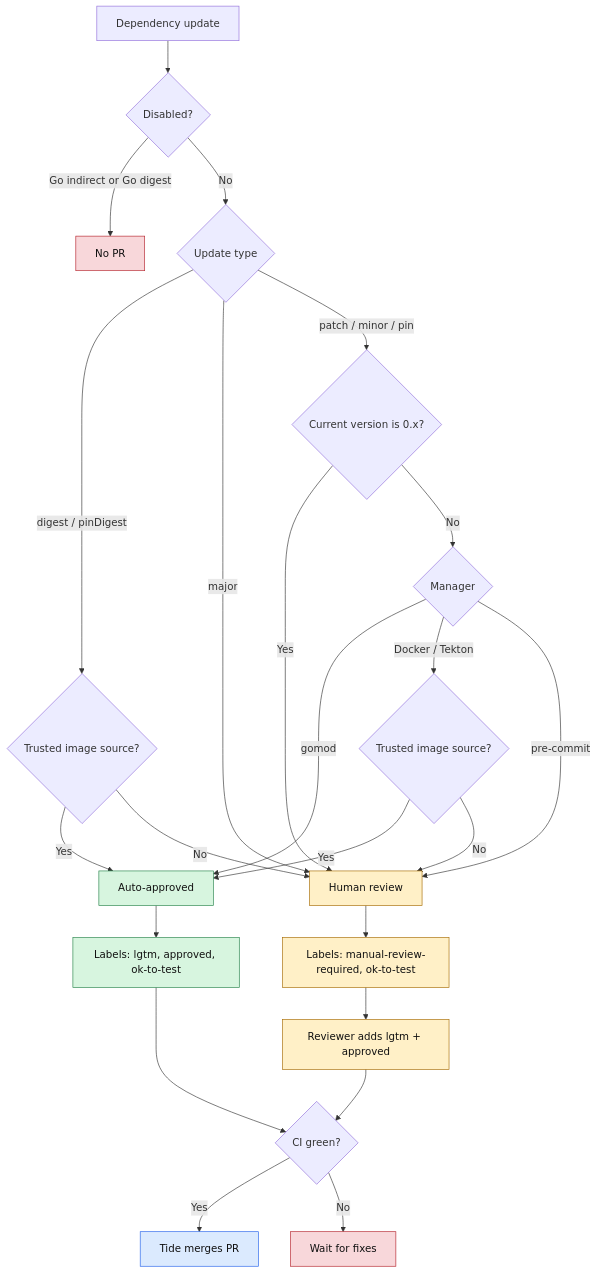
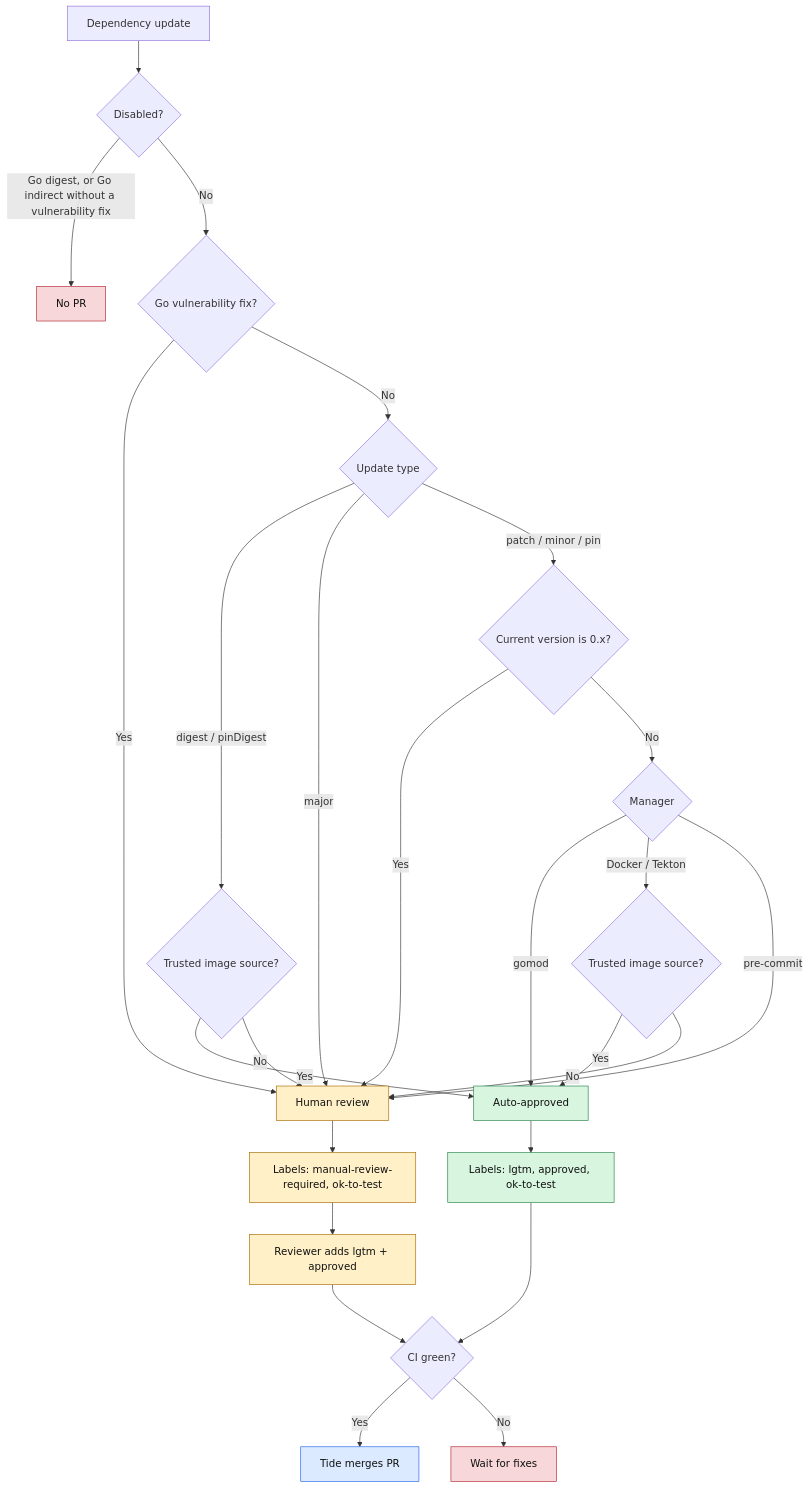
Before and after one commit to openshift-hyperfleet/renovate-config: the diagram in README.md, drawn with Mermaid. The commit also changed other lines of this file and 1 other file, not shown here.

Commit message:
HYPERFLEET-1935 - fix: keep vulnerability fixes for indirect Go dependencies

````diff
--- a/README.md
+++ b/README.md
@@ -48,43 +49,46 @@
 ```mermaid
 flowchart TD
     U["Dependency update"] --> D{"Disabled?"}
 
-    D -->|"Go indirect or Go digest"| N["No PR"]
-    D -->|"No"| T{"Update type"}
+    D -->|"Go digest, or Go indirect without a vulnerability fix"| N["No PR"]
+    D -->|"No"| V{"Go vulnerability fix?"}
+
+    V -->|"Yes"| H
+    V -->|"No"| T{"Update type"}
 
     T -->|"digest / pinDigest"| S{"Trusted image source?"}
     S -->|"Yes"| A["Auto-approved"]
     S -->|"No"| H["Human review"]
 
     T -->|"major"| H
     T -->|"patch / minor / pin"| Z{"Current version is 0.x?"}
 
     Z -->|"Yes"| H
     Z -->|"No"| M{"Manager"}
 
     M -->|"gomod"| A
     M -->|"Docker / Tekton"| DS{"Trusted image source?"}
     M -->|"pre-commit"| H
 
     DS -->|"Yes"| A
     DS -->|"No"| H
 
     A --> AL["Labels: lgtm, approved, ok-to-test"]
     H --> HL["Labels: manual-review-required, ok-to-test"]
     HL --> R["Reviewer adds lgtm + approved"]
 
     AL --> CI{"CI green?"}
     R --> CI
     CI -->|"Yes"| TM["Tide merges PR"]
     CI -->|"No"| W["Wait for fixes"]
 
     classDef approve fill:#d7f5df,stroke:#26834a,color:#111;
     classDef review fill:#fff0c7,stroke:#a66b00,color:#111;
     classDef stop fill:#f8d7da,stroke:#b4232c,color:#111;
     classDef merge fill:#dbeafe,stroke:#2563eb,color:#111;
 
     class A,AL approve;
     class H,HL,R review;
     class N,W stop;
     class TM merge;
 ```
````
